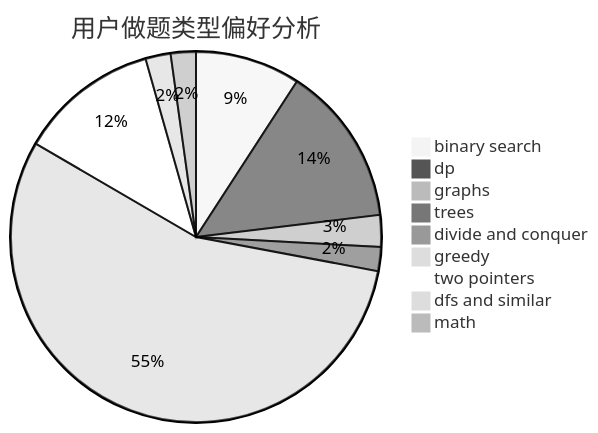
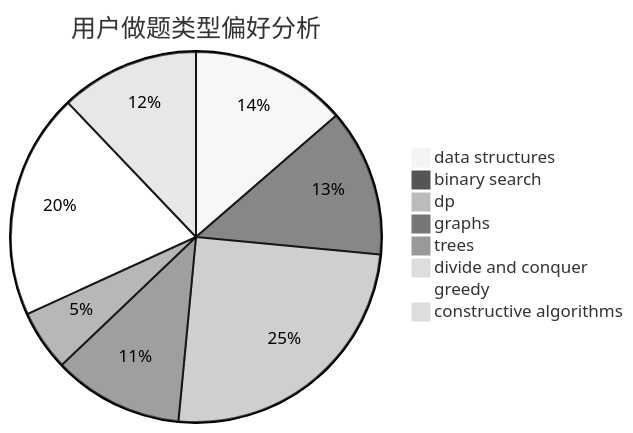
One commit to sherpahu/cfrs.github.io changed the second of 3 diagrams in docs/user/u2282.md. Above: the diagram before and after it, drawn with Mermaid (neutral theme). The commit also changed other lines of this file and 2775 other files, not shown here.

````diff
--- a/docs/user/u2282.md
+++ b/docs/user/u2282.md
@@ -23,12 +23,11 @@
 ```mermaid
 pie title 用户做题类型偏好分析
-    "binary search" :  96
-    "dp" :  146
-    "graphs" :  29
-    "trees" :  22
+    "data structures" :  18
+    "binary search" :  17
+    "dp" :  33
+    "graphs" :  15
+    "trees" :  7
     "divide and conquer" :  0
-    "greedy" :  581
-    "two pointers" :  128
-    "dfs and similar" :  23
-    "math" :  23
+    "greedy" :  26
+    "constructive algorithms" :  16
 ```
````
